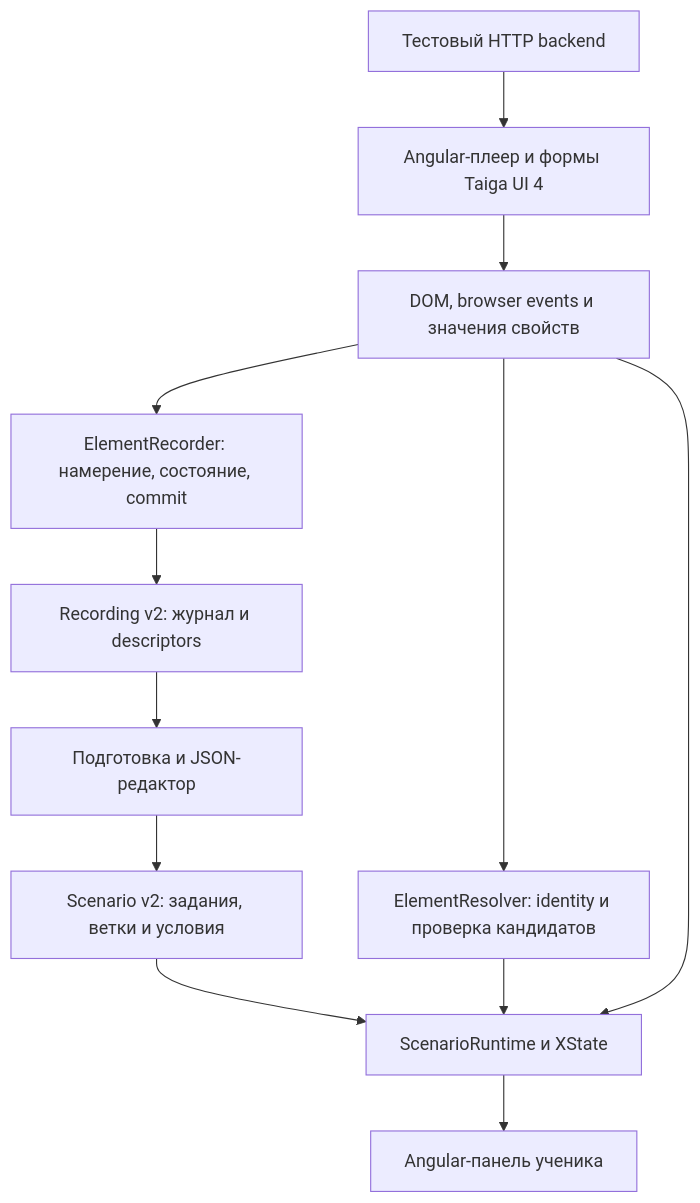
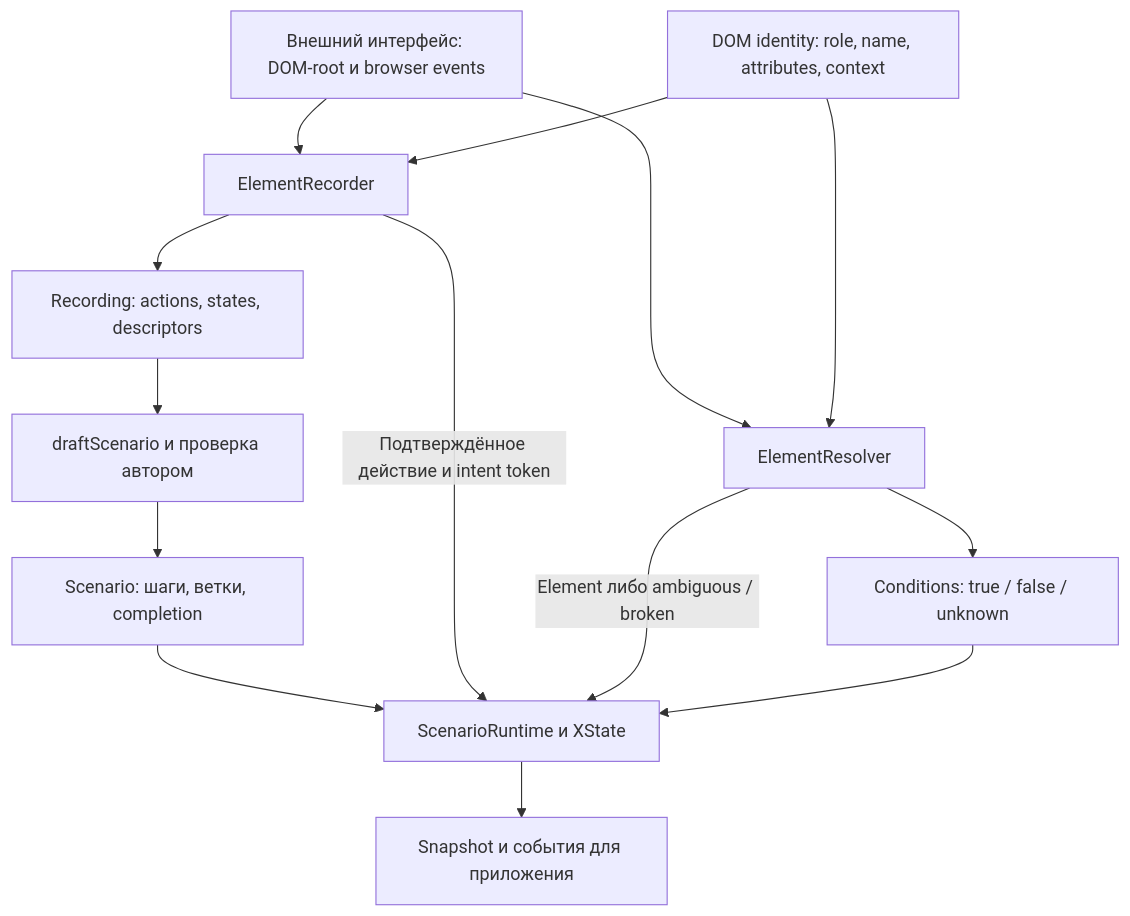
Before and after one commit to a1rat91/training-observer: the diagram in ARCHITECTURE.md, drawn with Mermaid. The commit also changed other lines of this file and 24 other files, not shown here.

````diff
--- a/ARCHITECTURE.md
+++ b/ARCHITECTURE.md
@@ -17,14 +77,16 @@
 ```mermaid
 flowchart TD
-    Backend[Тестовый HTTP backend] --> Player[Angular-плеер и формы Taiga UI 4]
-    Player --> DOM[DOM, browser events и значения свойств]
-    DOM --> Recorder[ElementRecorder: намерение, состояние, commit]
-    Recorder --> Recording[Recording v2: журнал и descriptors]
-    Recording --> Editor[Подготовка и JSON-редактор]
-    Editor --> Scenario[Scenario v2: задания, ветки и условия]
+    Host[Внешний интерфейс: DOM-root и browser events] --> Recorder[ElementRecorder]
+    Identity[DOM identity: role, name, attributes, context] --> Recorder
+    Recorder --> Recording[Recording: actions, states, descriptors]
+    Recording --> Authoring[draftScenario и проверка автором]
+    Authoring --> Scenario[Scenario: шаги, ветки, completion]
     Scenario --> Runtime[ScenarioRuntime и XState]
-    DOM --> Resolver[ElementResolver: identity и проверка кандидатов]
-    Resolver --> Runtime
-    DOM --> Runtime
-    Runtime --> Panel[Angular-панель ученика]
+    Recorder -->|Подтверждённое действие и intent token| Runtime
+    Host --> Resolver[ElementResolver]
+    Identity --> Resolver
+    Resolver -->|Element либо ambiguous / broken| Runtime
+    Resolver --> Conditions[Conditions: true / false / unknown]
+    Conditions --> Runtime
+    Runtime --> Snapshot[Snapshot и события для приложения]
 ```
````
